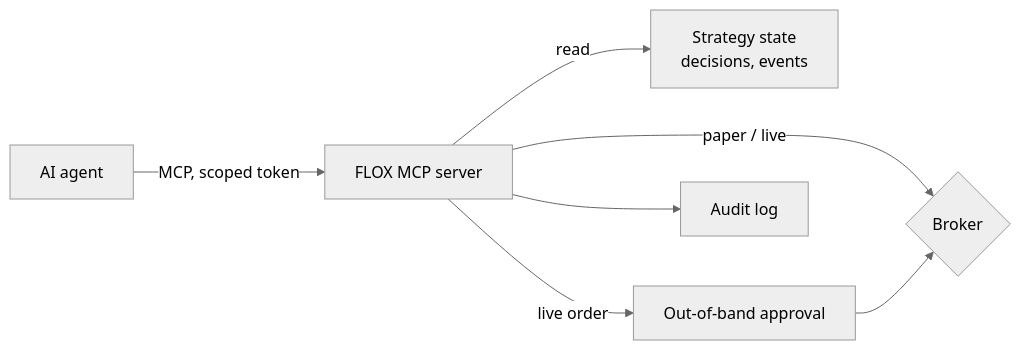
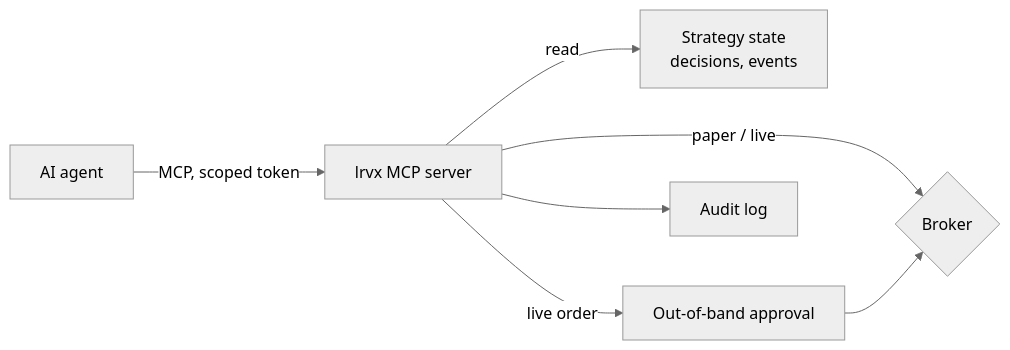
The sixth of 6 diagrams in docs/explanation/architecture.md (FLOX-Foundation/flox), drawn with Mermaid (neutral theme) before and after one commit. The commit also changed other lines of this file and 2531 other files, not shown here.

First line of the commit message:
rename: FLOX -> lrvx

````diff
--- a/docs/explanation/architecture.md
+++ b/docs/explanation/architecture.md
@@ -340,9 +340,9 @@
 ```mermaid
 flowchart LR
-    AI[AI agent] -->|MCP, scoped token| SRV[FLOX MCP server]
+    AI[AI agent] -->|MCP, scoped token| SRV[lrvx MCP server]
     SRV -->|read| STATE[Strategy state<br/>decisions, events]
     SRV -->|paper / live| BR{Broker}
     SRV -->|live order| OOB[Out-of-band approval]
     OOB --> BR
     SRV --> AUDIT[Audit log]
 ```
````
